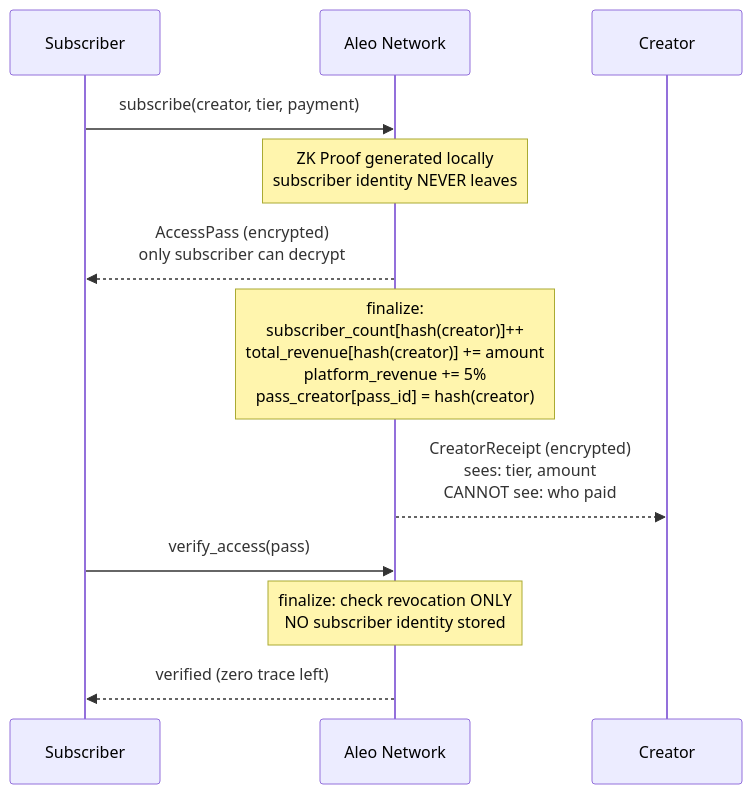
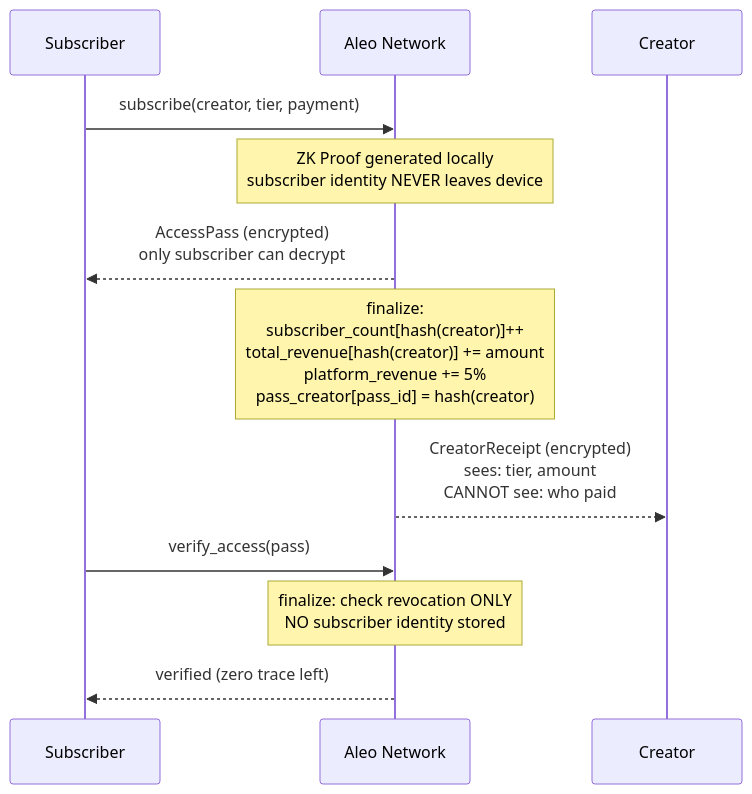
The first of 2 diagrams in README.md (Pratiikpy/Veil-Sub), drawn with Mermaid before and after one commit. The commit also changed other lines of this file and 91 other files, not shown here.

````diff
--- a/README.md
+++ b/README.md
@@ -97,17 +127,17 @@
 ```mermaid
 sequenceDiagram
     participant S as Subscriber
     participant A as Aleo Network
     participant C as Creator
 
     S->>A: subscribe(creator, tier, payment)
-    Note over A: ZK Proof generated locally<br/>subscriber identity NEVER leaves
+    Note over A: ZK Proof generated locally<br/>subscriber identity NEVER leaves device
 
     A-->>S: AccessPass (encrypted)<br/>only subscriber can decrypt
     Note over A: finalize:<br/>subscriber_count[hash(creator)]++<br/>total_revenue[hash(creator)] += amount<br/>platform_revenue += 5%<br/>pass_creator[pass_id] = hash(creator)
     A-->>C: CreatorReceipt (encrypted)<br/>sees: tier, amount<br/>CANNOT see: who paid
 
     S->>A: verify_access(pass)
     Note over A: finalize: check revocation ONLY<br/>NO subscriber identity stored
     A-->>S: verified (zero trace left)
 ```
````
